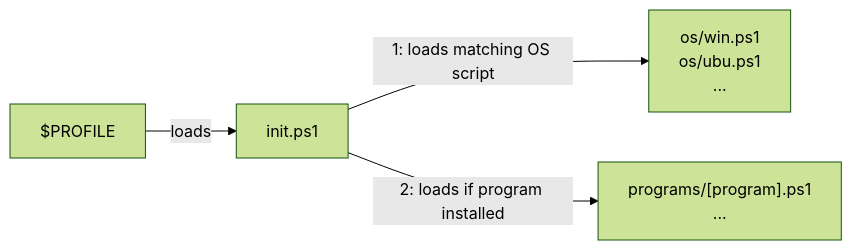
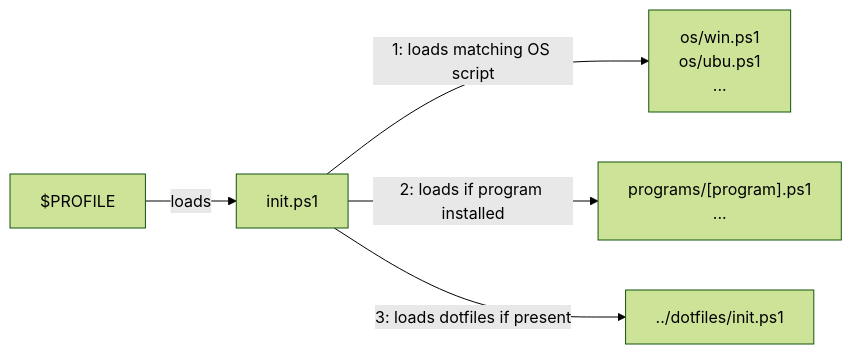
Before and after one commit to alanlivio/cli-helpers: the second of 2 diagrams in README.md, drawn with Mermaid (forest theme). The commit also changed other lines of this file and 2 other files, not shown here.

Commit message:
load dotfiles from sibling folder

````diff
--- a/README.md
+++ b/README.md
@@ -30,20 +33,23 @@
 ```mermaid
 flowchart LR
     psprofile["$PROFILE"]
     ps-init["init.ps1"]
     %% sh-init["init.sh"]
     program-dependent["
         programs/[program].ps1
         ...
     "]
     OS-dependent["
         os/win.ps1
         os/ubu.ps1
         ...
     "]
+    dotfiles["
+        ../dotfiles/init.ps1
+    "]
 
     psprofile--> |"loads"| ps-init
     ps-init --> |"1: loads matching OS script"| OS-dependent
     ps-init --> |"2: loads if program installed"| program-dependent
-    %%ps-init --> |"3: create ps1 alias to functions at"| sh-init
+    ps-init --> |"3: loads dotfiles if present"| dotfiles
 ```
````
